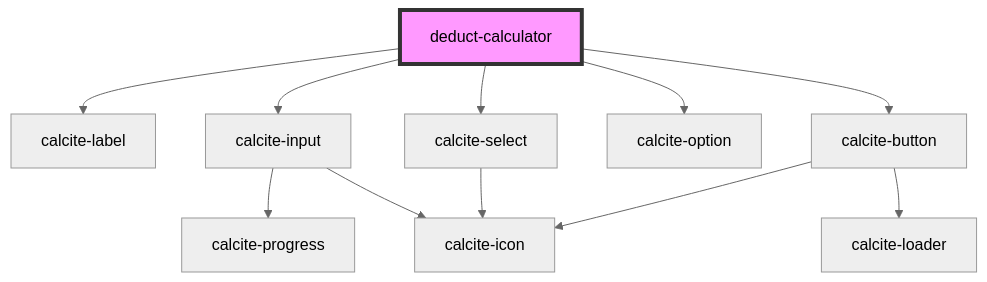
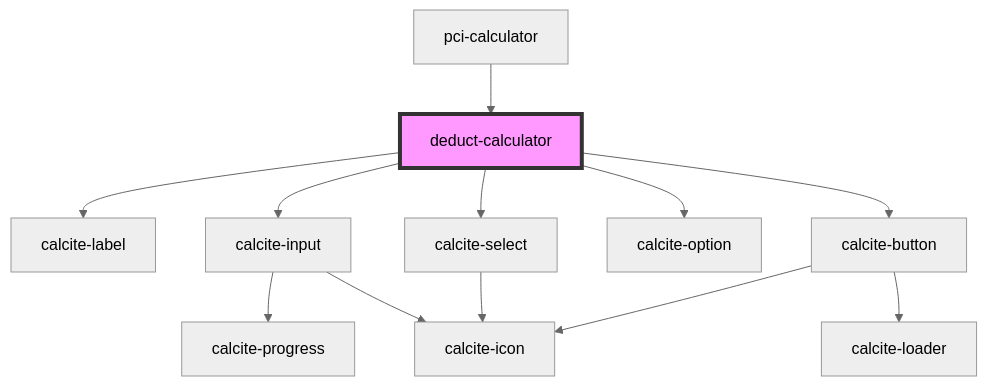
One commit to Esri/solutions-components changed the diagram in src/components/deduct-calculator/readme.md. Above: the diagram before and after it, drawn with Mermaid (neutral theme). The commit also changed other lines of this file and 6 other files, not shown here.

Commit message:
add deduct calc to pci demo component

````diff
--- a/src/components/deduct-calculator/readme.md
+++ b/src/components/deduct-calculator/readme.md
@@ -19,14 +30,15 @@
 ```mermaid
 graph TD;
   deduct-calculator --> calcite-label
   deduct-calculator --> calcite-input
   deduct-calculator --> calcite-select
   deduct-calculator --> calcite-option
   deduct-calculator --> calcite-button
   calcite-input --> calcite-progress
   calcite-input --> calcite-icon
   calcite-select --> calcite-icon
   calcite-button --> calcite-loader
   calcite-button --> calcite-icon
+  pci-calculator --> deduct-calculator
   style deduct-calculator fill:#f9f,stroke:#333,stroke-width:4px
 ```
````
